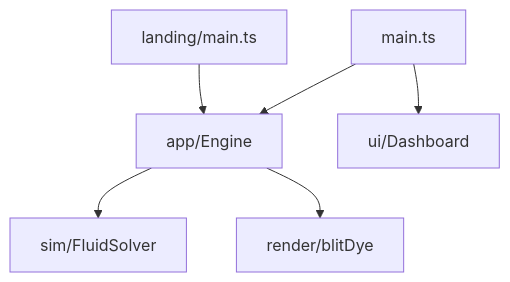
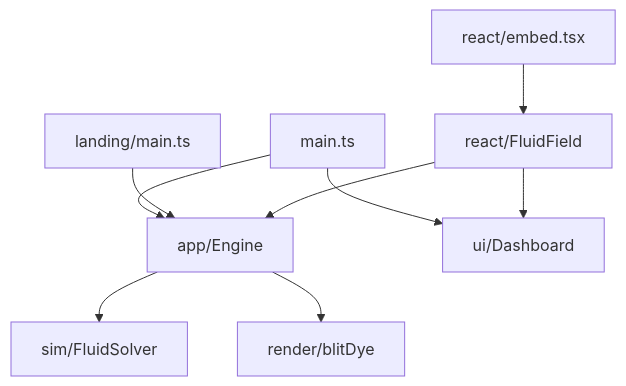
One commit to luandev/fluid-wallpaper changed the diagram in src/README.md. Above: the diagram before and after it, drawn with Mermaid. The commit also changed other lines of this file and 24 other files, not shown here.

````diff
--- a/src/README.md
+++ b/src/README.md
@@ -11,14 +11,19 @@
 ```mermaid
 flowchart TD
   main[main.ts]
   landing[landing/main.ts]
+  embed[react/embed.tsx]
+  field[react/FluidField]
   engine[app/Engine]
   ui[ui/Dashboard]
   solver[sim/FluidSolver]
   display[render/blitDye]
   main --> engine
   main --> ui
   landing --> engine
+  embed --> field
+  field --> engine
+  field --> ui
   engine --> solver
   engine --> display
 ```
````
